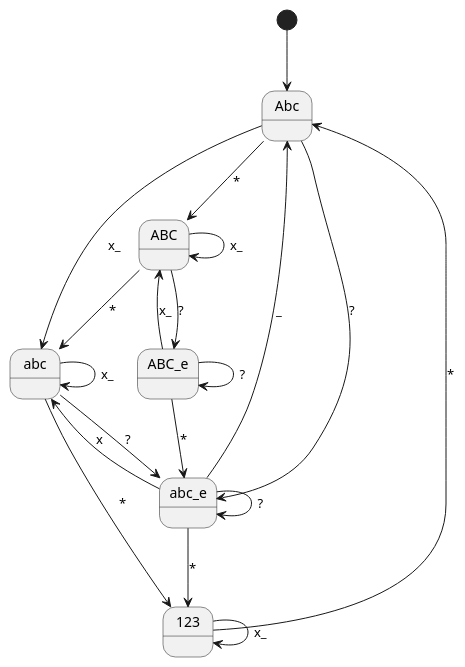
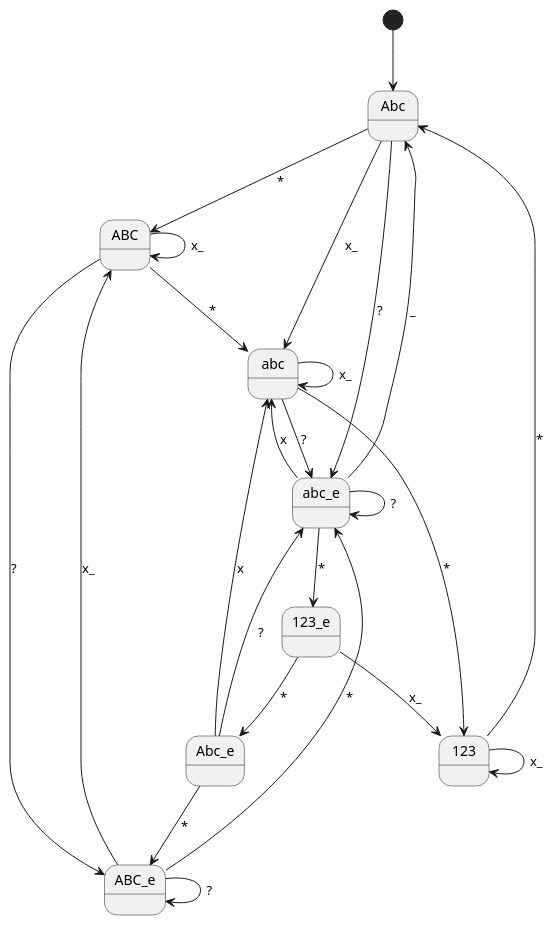
The diagram in lib/logic/tools/crypto_and_encodings/vanity/samsung_e1120.puml (S-Man42/GCWizard), drawn with PlantUML before and after one commit. The commit also changed 5 other files, not shown here.

```diff
--- a/lib/logic/tools/crypto_and_encodings/vanity/samsung_e1120.puml
+++ b/lib/logic/tools/crypto_and_encodings/vanity/samsung_e1120.puml
@@ -1,29 +1,37 @@
 @startuml
 'https://plantuml.com/state-diagram
 [*] --> Abc
 
 Abc --> ABC: *
 Abc --> abc_e: ?
 Abc --> abc: x_
 
 ABC --> ABC_e: ?
 ABC --> abc: *
 ABC --> ABC: x_
 
 abc --> abc: x_
 abc --> abc_e: ?
 abc --> 123: *
 
 '? not possible
 123 --> 123: x_
 123 --> Abc: *
 
 abc_e --> Abc: _
 abc_e --> abc: x
 abc_e --> abc_e: ?
-abc_e --> 123: *
+abc_e --> 123_e: *
+
+'? not possible
+123_e --> Abc_e: *
+123_e --> 123: x_
+
+Abc_e --> ABC_e: *
+Abc_e --> abc: x
+Abc_e --> abc_e: ?
 
 ABC_e --> ABC: x_
 ABC_e --> abc_e: *
 ABC_e --> ABC_e: ?
 @enduml
```
